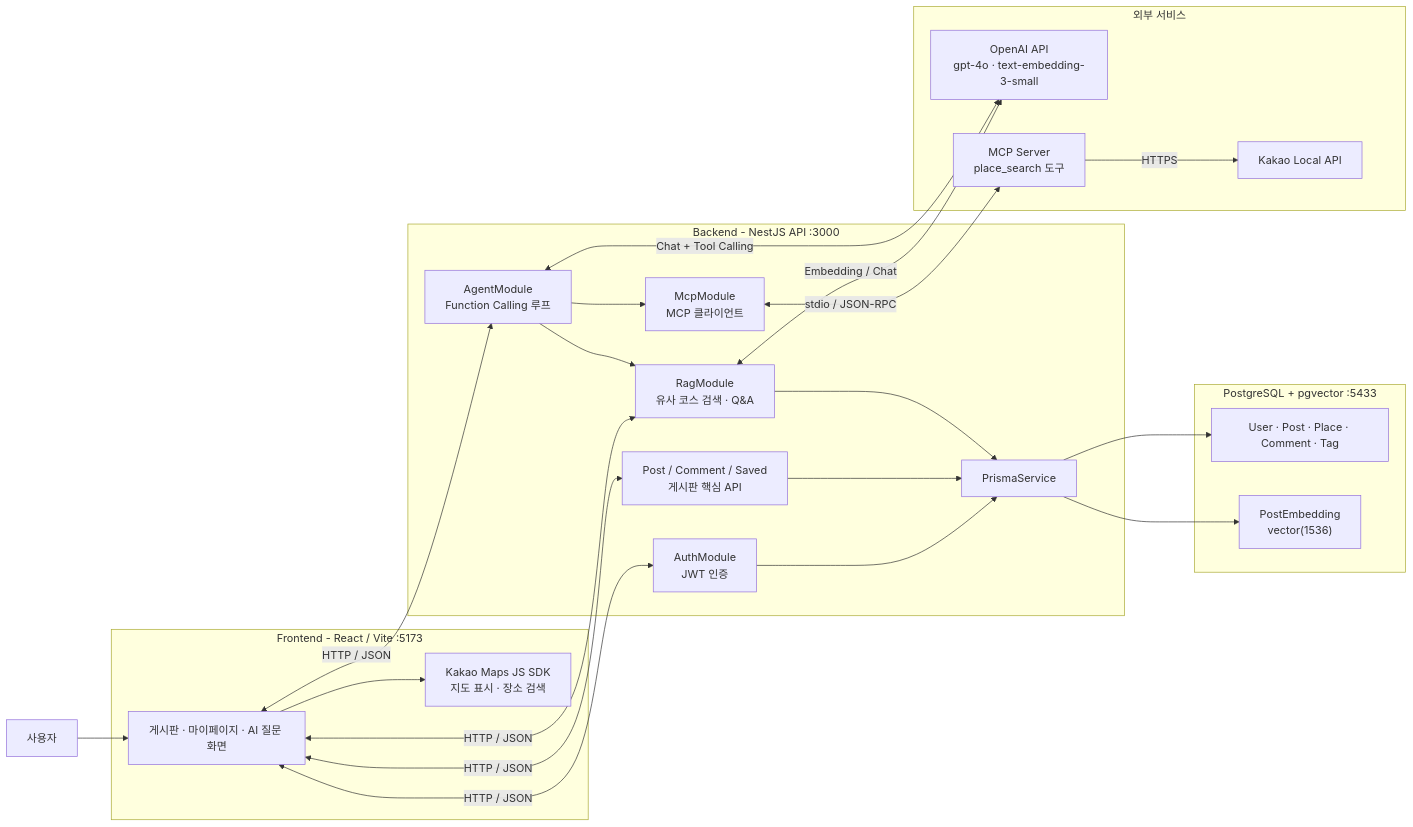
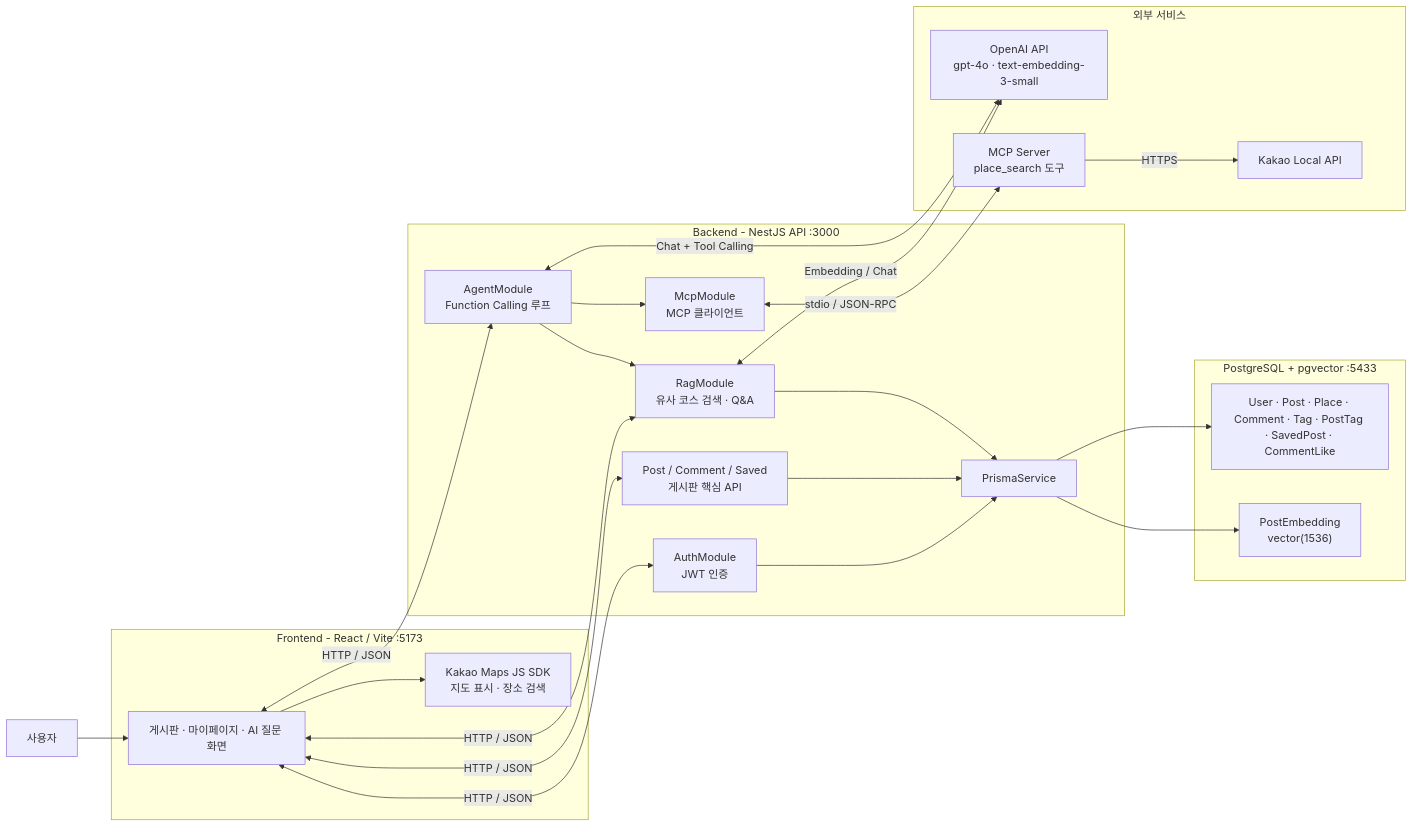
One commit to seok3m4/AI_w15-16 changed the diagram in README.md. Above: the diagram before and after it, drawn with Mermaid. The commit also changed other lines of this file, not shown here.

````diff
--- a/README.md
+++ b/README.md
@@ -52,50 +52,50 @@
 ```mermaid
 flowchart LR
   User["사용자"]
 
   subgraph Frontend["Frontend - React / Vite :5173"]
     Web["게시판 · 마이페이지 · AI 질문 화면"]
     MapSDK["Kakao Maps JS SDK<br/>지도 표시 · 장소 검색"]
   end
 
   subgraph Backend["Backend - NestJS API :3000"]
     Auth["AuthModule<br/>JWT 인증"]
     Post["Post / Comment / Saved<br/>게시판 핵심 API"]
     Rag["RagModule<br/>유사 코스 검색 · Q&A"]
     Agent["AgentModule<br/>Function Calling 루프"]
     McpClient["McpModule<br/>MCP 클라이언트"]
     Prisma["PrismaService"]
   end
 
   subgraph Database["PostgreSQL + pgvector :5433"]
-    Tables["User · Post · Place · Comment · Tag"]
+    Tables["User · Post · Place · Comment · Tag · PostTag · SavedPost · CommentLike"]
     Vector["PostEmbedding<br/>vector(1536)"]
   end
 
   subgraph External["외부 서비스"]
     OpenAI["OpenAI API<br/>gpt-4o · text-embedding-3-small"]
     MCP["MCP Server<br/>place_search 도구"]
     KakaoLocal["Kakao Local API"]
   end
 
   User --> Web
   Web <-->|HTTP / JSON| Auth
   Web <-->|HTTP / JSON| Post
   Web <-->|HTTP / JSON| Rag
   Web <-->|HTTP / JSON| Agent
   Web --> MapSDK
 
   Auth --> Prisma
   Post --> Prisma
   Rag --> Prisma
   Agent --> Rag
   Agent --> McpClient
 
   Prisma --> Tables
   Prisma --> Vector
 
   Rag <-->|Embedding / Chat| OpenAI
   Agent <-->|Chat + Tool Calling| OpenAI
   McpClient <-->|stdio / JSON-RPC| MCP
   MCP -->|HTTPS| KakaoLocal
 ```
````
